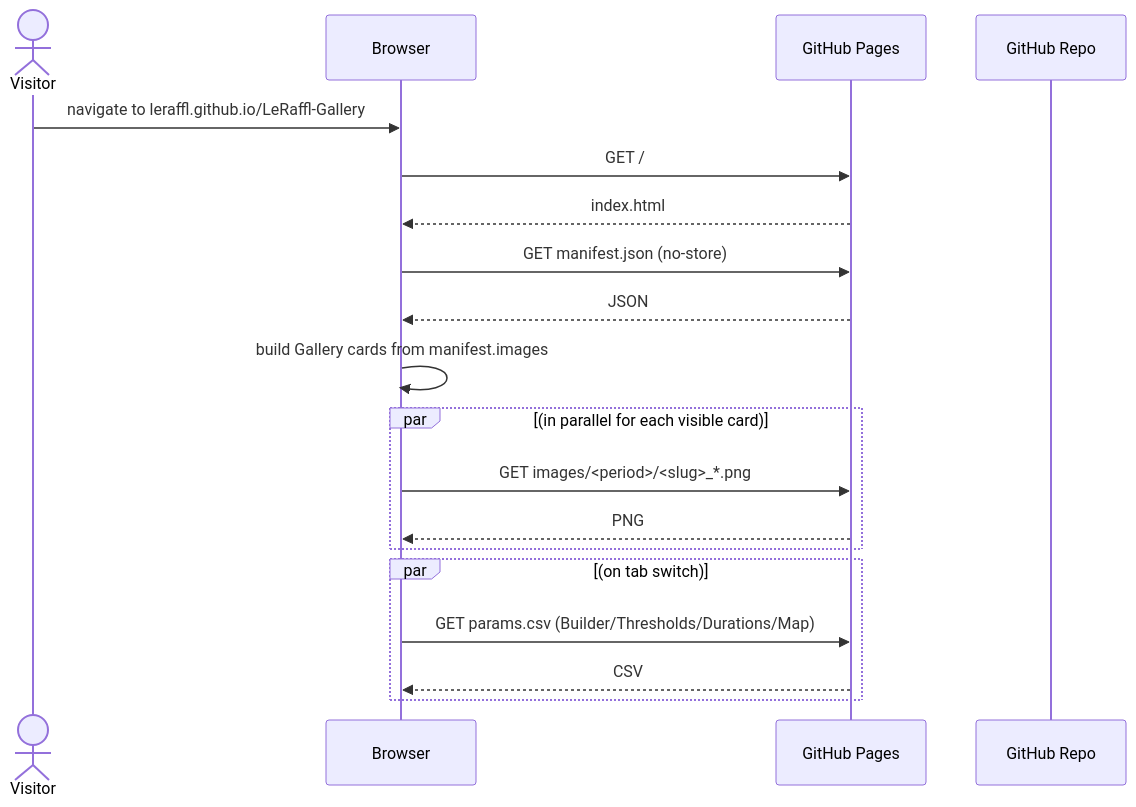
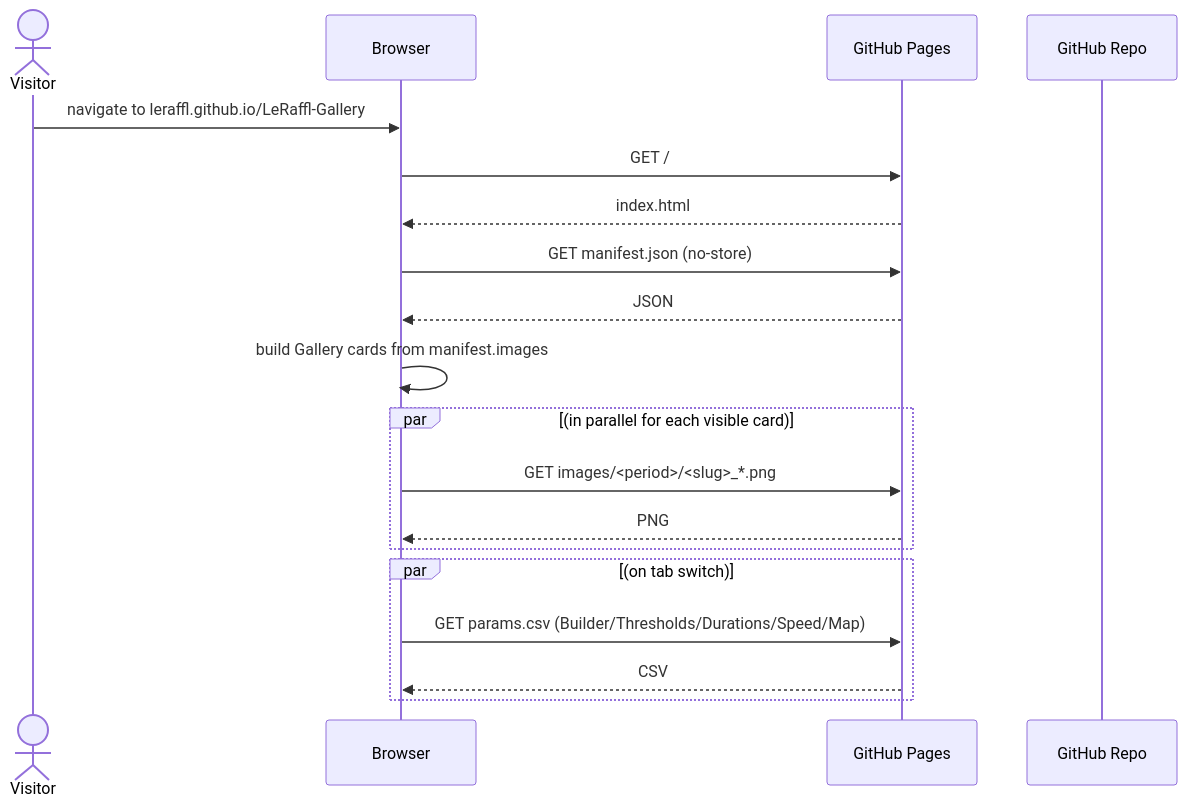
One commit to LeRaffl/LeRaffl-Gallery changed the sixth of 14 diagrams in docs/architecture/05-flows.md. Above: the diagram before and after it, drawn with Mermaid. The commit also changed 4 other files, not shown here.

````diff
--- a/docs/architecture/05-flows.md
+++ b/docs/architecture/05-flows.md
@@ -200,22 +200,22 @@
 ```mermaid
 sequenceDiagram
     actor Visitor
     participant Browser
     participant Pages as GitHub Pages
     participant Repo as GitHub Repo
 
     Visitor->>Browser: navigate to leraffl.github.io/LeRaffl-Gallery
     Browser->>Pages: GET /
     Pages-->>Browser: index.html
     Browser->>Pages: GET manifest.json (no-store)
     Pages-->>Browser: JSON
     Browser->>Browser: build Gallery cards from manifest.images
     par (in parallel for each visible card)
         Browser->>Pages: GET images/<period>/<slug>_*.png
         Pages-->>Browser: PNG
     end
     par (on tab switch)
-        Browser->>Pages: GET params.csv (Builder/Thresholds/Durations/Map)
+        Browser->>Pages: GET params.csv (Builder/Thresholds/Durations/Speed/Map)
         Pages-->>Browser: CSV
     end
 ```
````
